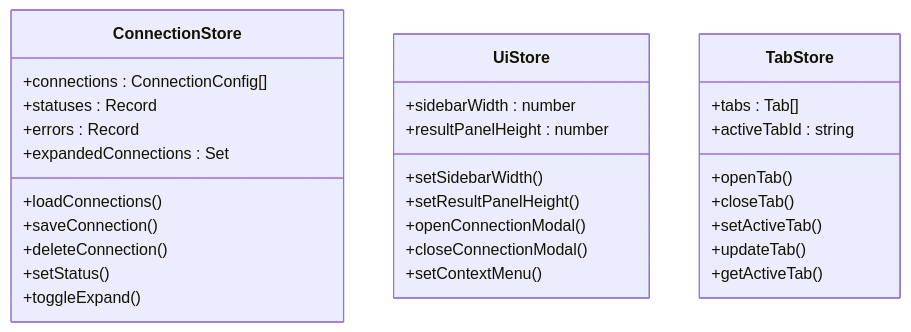
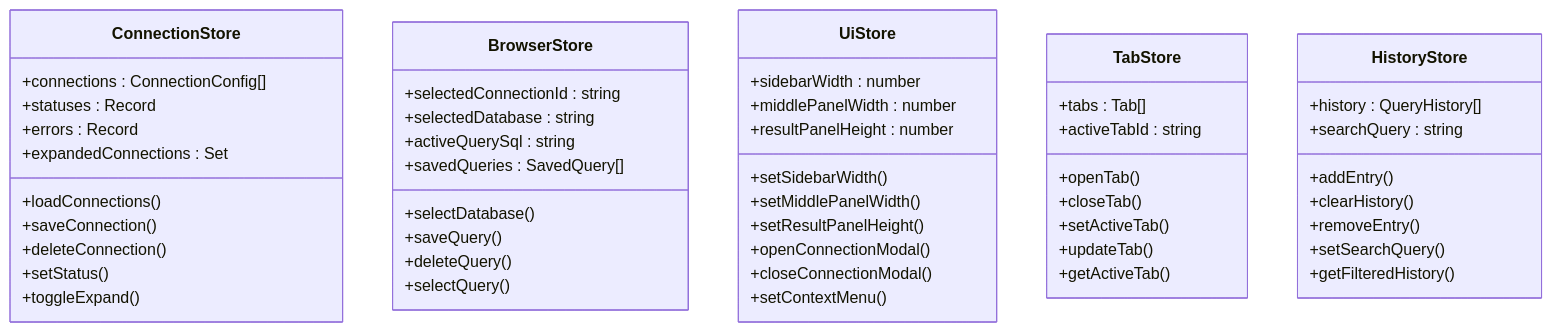
One commit to wwenbo2048/nexsql changed the fifth of 8 diagrams in .qoder/repowiki/zh/content/前端组件系统/查询编辑器组件.md. Above: the diagram before and after it, drawn with Mermaid. The commit also changed other lines of this file and 19 other files, not shown here.

````diff
--- a/.qoder/repowiki/zh/content/前端组件系统/查询编辑器组件.md
+++ b/.qoder/repowiki/zh/content/前端组件系统/查询编辑器组件.md
@@ -189,32 +378,53 @@
 ```mermaid
 classDiagram
 class ConnectionStore {
 +connections : ConnectionConfig[]
 +statuses : Record
 +errors : Record
 +expandedConnections : Set
 +loadConnections()
 +saveConnection()
 +deleteConnection()
 +setStatus()
 +toggleExpand()
 }
+class BrowserStore {
++selectedConnectionId : string
++selectedDatabase : string
++activeQuerySql : string
++savedQueries : SavedQuery[]
++selectDatabase()
++saveQuery()
++deleteQuery()
++selectQuery()
+}
 class UiStore {
 +sidebarWidth : number
++middlePanelWidth : number
 +resultPanelHeight : number
 +setSidebarWidth()
++setMiddlePanelWidth()
 +setResultPanelHeight()
 +openConnectionModal()
 +closeConnectionModal()
 +setContextMenu()
 }
 class TabStore {
 +tabs : Tab[]
 +activeTabId : string
 +openTab()
 +closeTab()
 +setActiveTab()
 +updateTab()
 +getActiveTab()
 }
+class HistoryStore {
++history : QueryHistory[]
++searchQuery : string
++addEntry()
++clearHistory()
++removeEntry()
++setSearchQuery()
++getFilteredHistory()
+}
 ```
````
